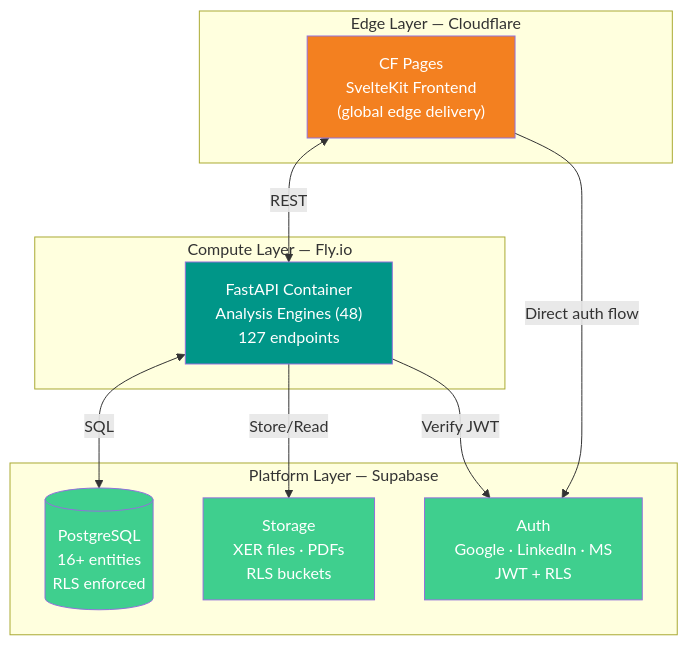
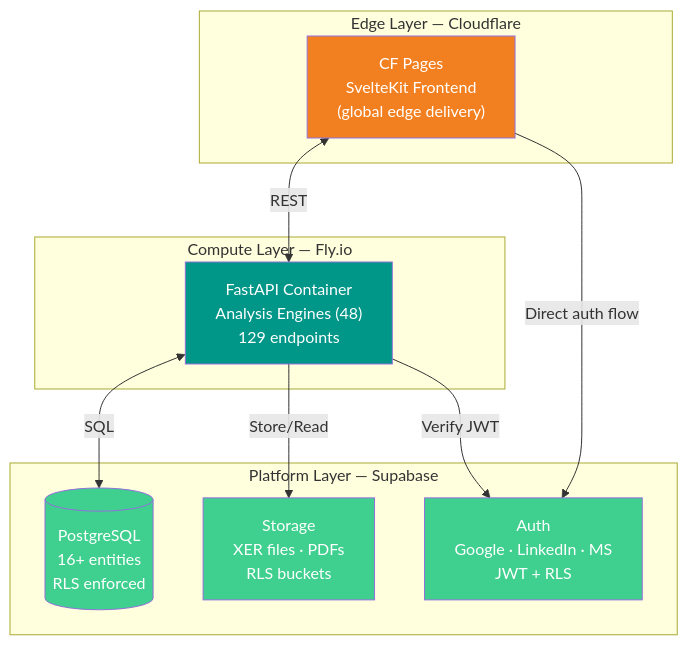
The first of 2 diagrams in README.md (VitorMRodovalho/meridianiq), drawn with Mermaid before and after one commit. The commit also changed other lines of this file and 15 other files, not shown here.

````diff
--- a/README.md
+++ b/README.md
@@ -116,28 +116,28 @@
 ```mermaid
 graph TB
     subgraph "Edge Layer — Cloudflare"
         CF_PAGES["CF Pages<br/>SvelteKit Frontend<br/>(global edge delivery)"]
     end
 
     subgraph "Compute Layer — Fly.io"
-        FASTAPI["FastAPI Container<br/>Analysis Engines (48)<br/>127 endpoints"]
+        FASTAPI["FastAPI Container<br/>Analysis Engines (48)<br/>129 endpoints"]
     end
 
     subgraph "Platform Layer — Supabase"
         AUTH["Auth<br/>Google · LinkedIn · MS<br/>JWT + RLS"]
         DB[("PostgreSQL<br/>16+ entities<br/>RLS enforced")]
         STORAGE["Storage<br/>XER files · PDFs<br/>RLS buckets"]
     end
 
     CF_PAGES <-->|"REST"| FASTAPI
     FASTAPI <-->|"SQL"| DB
     FASTAPI -->|"Store/Read"| STORAGE
     FASTAPI -->|"Verify JWT"| AUTH
     CF_PAGES -->|"Direct auth flow"| AUTH
 
     style CF_PAGES fill:#F38020,color:#fff
     style FASTAPI fill:#009688,color:#fff
     style DB fill:#3FCF8E,color:#fff
     style AUTH fill:#3FCF8E,color:#fff
     style STORAGE fill:#3FCF8E,color:#fff
 ```
````
